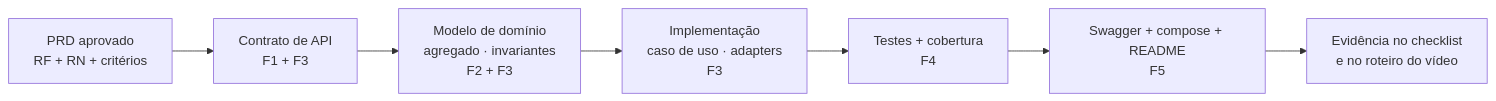
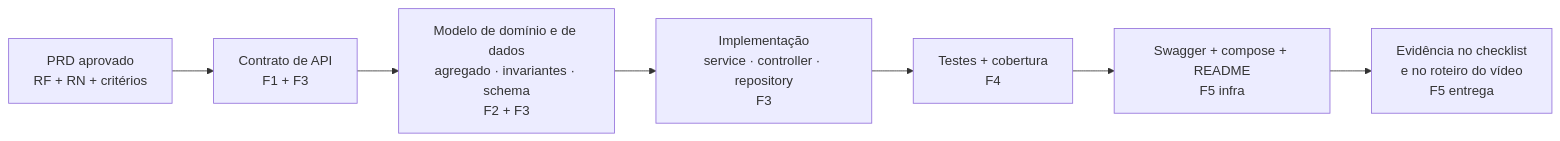
The second of 2 diagrams in docs/00-guia-do-grupo/frentes-e-responsabilidades.md (HermandoThiago/FIAP-SOAT), drawn with Mermaid before and after one commit. The commit also changed other lines of this file and 18 other files, not shown here.

````diff
--- a/docs/00-guia-do-grupo/frentes-e-responsabilidades.md
+++ b/docs/00-guia-do-grupo/frentes-e-responsabilidades.md
@@ -87,9 +96,9 @@
 ```mermaid
 flowchart LR
     P[PRD aprovado<br/>RF + RN + critérios] --> C[Contrato de API<br/>F1 + F3]
-    C --> D[Modelo de domínio<br/>agregado · invariantes<br/>F2 + F3]
-    D --> I[Implementação<br/>caso de uso · adapters<br/>F3]
+    C --> D[Modelo de domínio e de dados<br/>agregado · invariantes · schema<br/>F2 + F3]
+    D --> I[Implementação<br/>service · controller · repository<br/>F3]
     I --> T[Testes + cobertura<br/>F4]
-    T --> S[Swagger + compose + README<br/>F5]
-    S --> V[Evidência no checklist<br/>e no roteiro do vídeo]
+    T --> S[Swagger + compose + README<br/>F5 infra]
+    S --> V[Evidência no checklist<br/>e no roteiro do vídeo<br/>F5 entrega]
 ```
````
